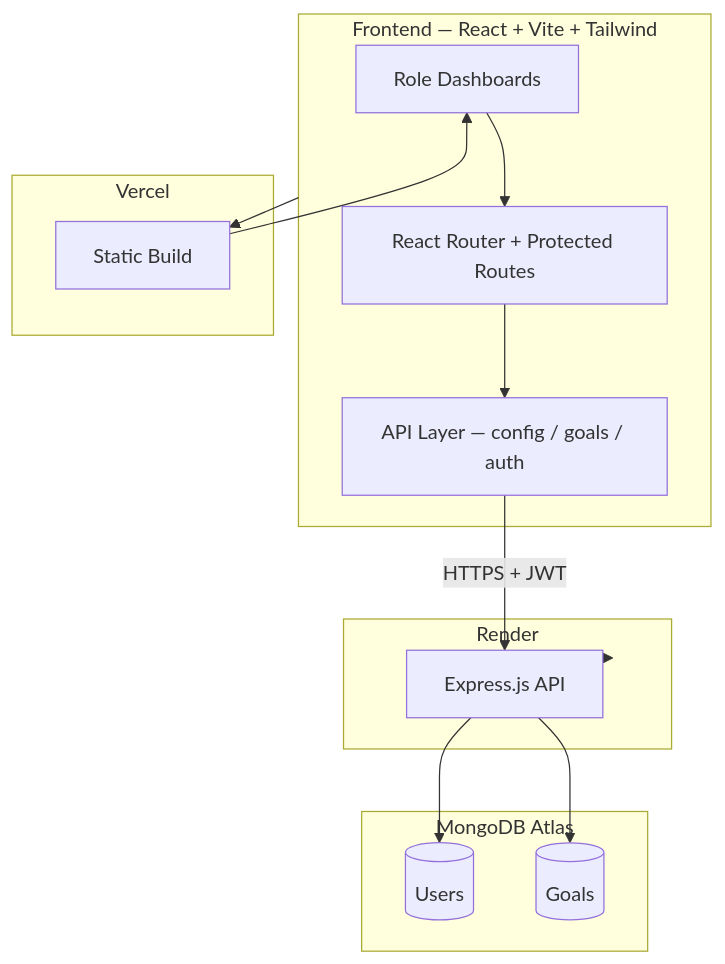
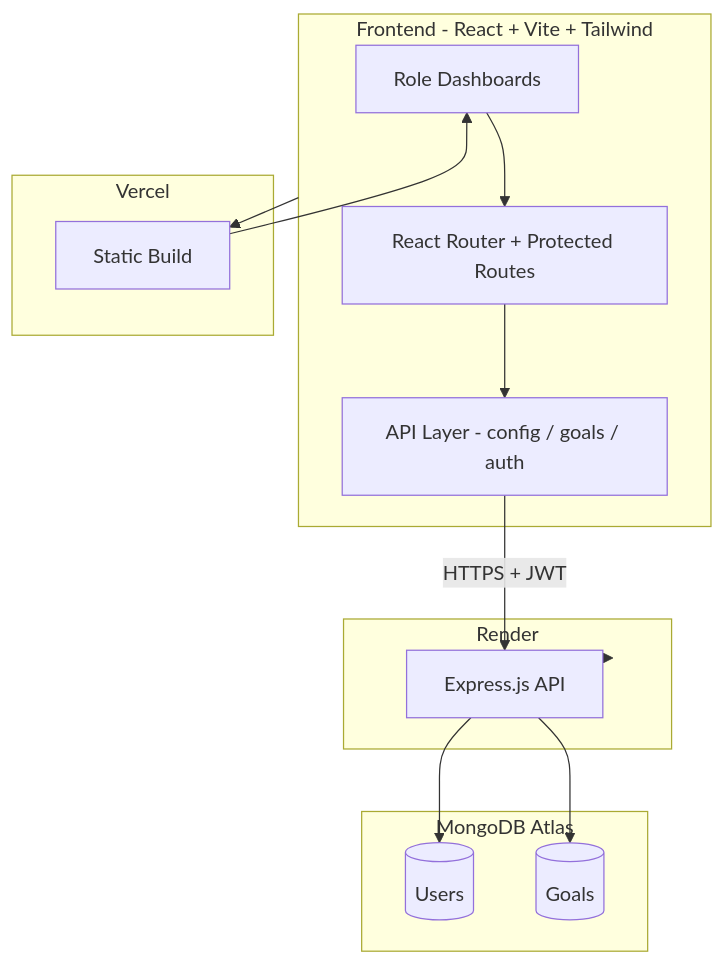
One commit to DevanshiArora1/GoalSync changed the diagram in README.md. Above: the diagram before and after it, drawn with Mermaid. The commit also changed other lines of this file, not shown here.

````diff
--- a/README.md
+++ b/README.md
@@ -76,30 +76,30 @@
 ```mermaid
 flowchart TB
-  subgraph Client["Frontend — React + Vite + Tailwind"]
+  subgraph Client["Frontend - React + Vite + Tailwind"]
     UI[Role Dashboards]
     Router[React Router + Protected Routes]
-    API_Client[API Layer — config / goals / auth]
+    API_Client[API Layer - config / goals / auth]
   end
 
   subgraph Hosting_FE["Vercel"]
     Static[Static Build]
   end
 
   subgraph Hosting_BE["Render"]
     Express[Express.js API]
   end
 
   subgraph Data["MongoDB Atlas"]
     Users[(Users)]
     Goals[(Goals)]
   end
 
   UI --> Router
   Router --> API_Client
   API_Client -->|HTTPS + JWT| Express
   Static --> UI
   Express --> Users
   Express --> Goals
   Client --> Static
   Express --> Hosting_BE
 ```
````
